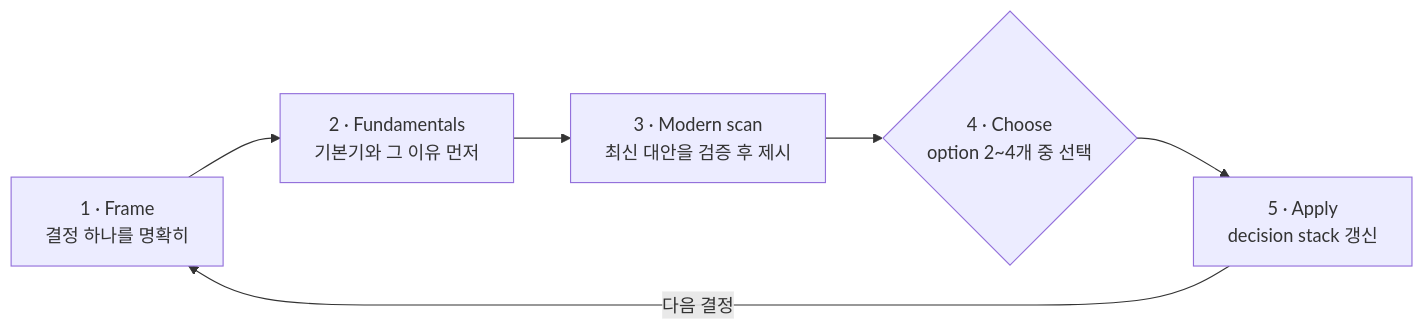
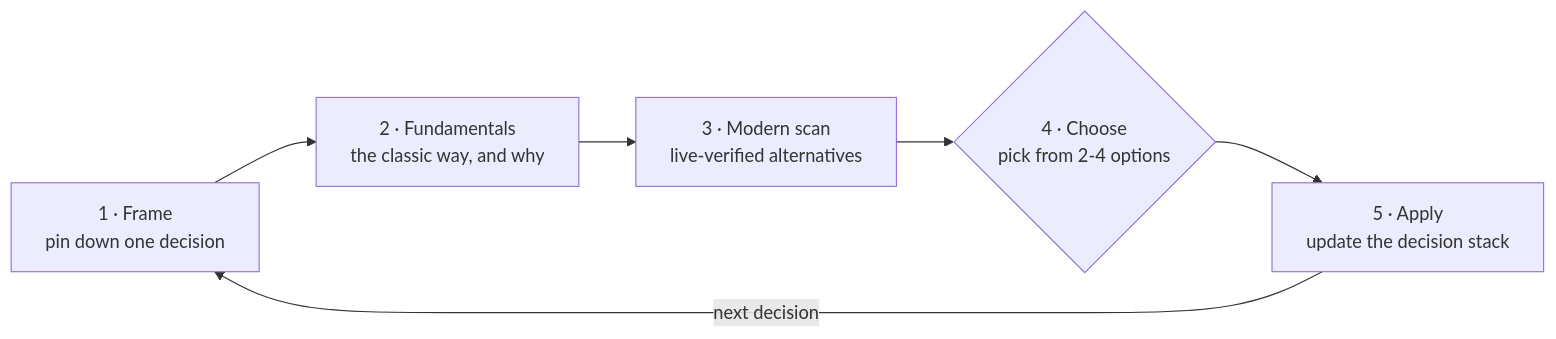
The diagram in README.md (joey114132/claude-robotics-skills), drawn with Mermaid before and after one commit. The commit also changed other lines of this file and 19 other files, not shown here.

First line of the commit message:
v0.3.0: add robot-legged, verified landscape snapshots, live-scan rule, English-only repo

````diff
--- a/README.md
+++ b/README.md
@@ -33,8 +34,8 @@
 ```mermaid
 flowchart LR
-    A["1 · Frame<br/>결정 하나를 명확히"] --> B["2 · Fundamentals<br/>기본기와 그 이유 먼저"]
-    B --> C["3 · Modern scan<br/>최신 대안을 검증 후 제시"]
-    C --> D{"4 · Choose<br/>option 2~4개 중 선택"}
-    D --> E["5 · Apply<br/>decision stack 갱신"]
-    E -->|"다음 결정"| A
+    A["1 · Frame<br/>pin down one decision"] --> B["2 · Fundamentals<br/>the classic way, and why"]
+    B --> C["3 · Modern scan<br/>live-verified alternatives"]
+    C --> D{"4 · Choose<br/>pick from 2-4 options"}
+    D --> E["5 · Apply<br/>update the decision stack"]
+    E -->|"next decision"| A
 ```
````
